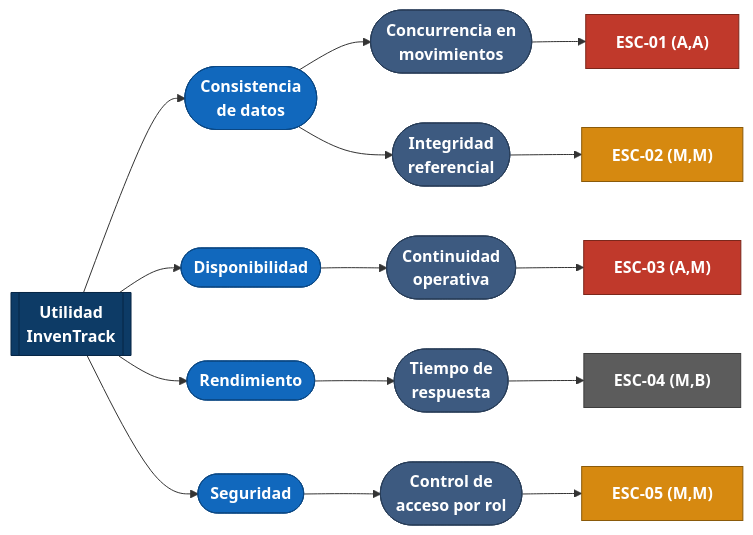
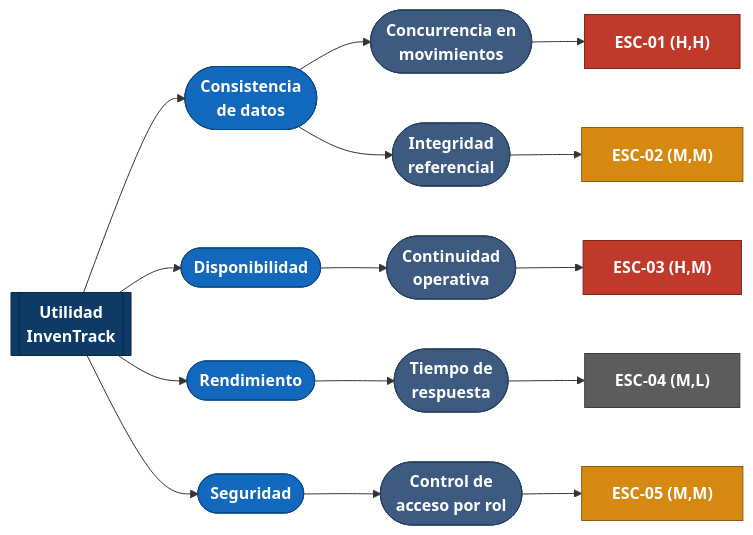
The diagram in docs/utility-tree.md (ISCOUTB/AS_202620_InvenTrack), drawn with Mermaid before and after one commit. The commit also changed other lines of this file, not shown here.

````diff
--- a/docs/utility-tree.md
+++ b/docs/utility-tree.md
@@ -42,35 +42,35 @@
 ```mermaid
 graph LR
     U[["Utilidad<br/>InvenTrack"]]
 
     U --> QA1(["Consistencia<br/>de datos"])
     U --> QA2(["Disponibilidad"])
     U --> QA3(["Rendimiento"])
     U --> QA4(["Seguridad"])
 
     QA1 --> R1(["Concurrencia en<br/>movimientos"])
     QA1 --> R2(["Integridad<br/>referencial"])
     QA2 --> R3(["Continuidad<br/>operativa"])
     QA3 --> R4(["Tiempo de<br/>respuesta"])
     QA4 --> R5(["Control de<br/>acceso por rol"])
 
-    R1 --> S1["ESC-01 (A,A)"]
+    R1 --> S1["ESC-01 (H,H)"]
     R2 --> S2["ESC-02 (M,M)"]
-    R3 --> S3["ESC-03 (A,M)"]
-    R4 --> S4["ESC-04 (M,B)"]
+    R3 --> S3["ESC-03 (H,M)"]
+    R4 --> S4["ESC-04 (M,L)"]
     R5 --> S5["ESC-05 (M,M)"]
 
     classDef root fill:#0d3b66,stroke:#082746,color:#ffffff,font-weight:bold
     classDef attr fill:#1168bd,stroke:#0b4884,color:#ffffff,font-weight:bold
     classDef refine fill:#3d5a80,stroke:#293e59,color:#ffffff
     classDef high fill:#c0392b,stroke:#7b271b,color:#ffffff,font-weight:bold
     classDef mid fill:#d68910,stroke:#8a5a0a,color:#ffffff,font-weight:bold
     classDef low fill:#5c5c5c,stroke:#3d3d3d,color:#ffffff,font-weight:bold
 
     class U root
     class QA1,QA2,QA3,QA4 attr
     class R1,R2,R3,R4,R5 refine
     class S1,S3 high
     class S2,S5 mid
     class S4 low
 ```
````
